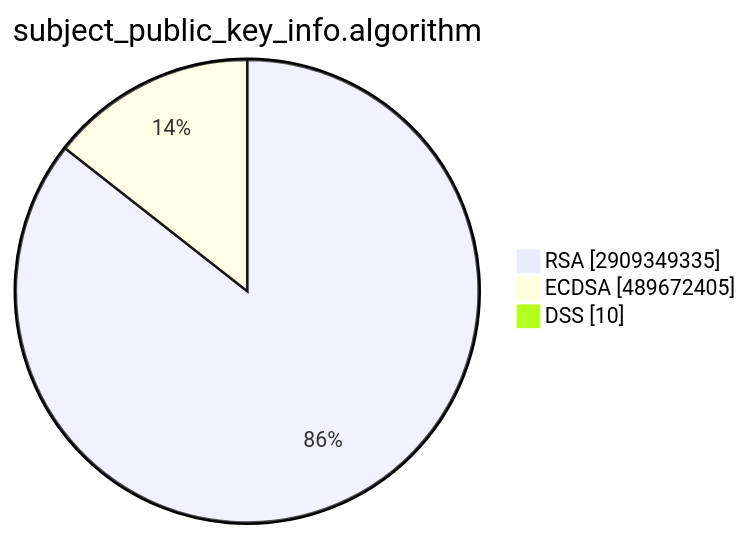
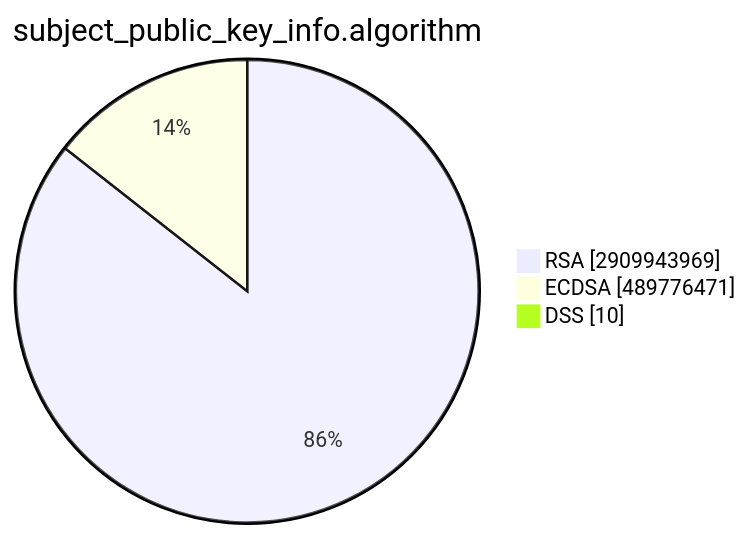
Before and after one commit to christiankrug/ctmonitor_visualization: the second of 15 diagrams in TOTAL/README.md, drawn with Mermaid. The commit also changed other lines of this file, not shown here.

````diff
--- a/TOTAL/README.md
+++ b/TOTAL/README.md
@@ -6,7 +6,7 @@
 ```mermaid
 pie showData
 title subject_public_key_info.algorithm
-"RSA" :2909349335
-"ECDSA" :489672405
+"RSA" :2909943969
+"ECDSA" :489776471
 "DSS" :10
 ```
````
